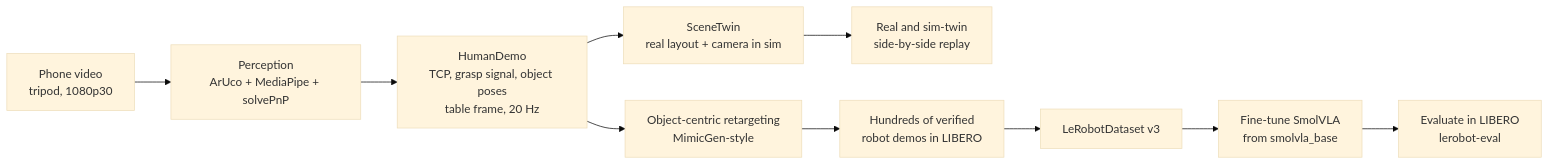
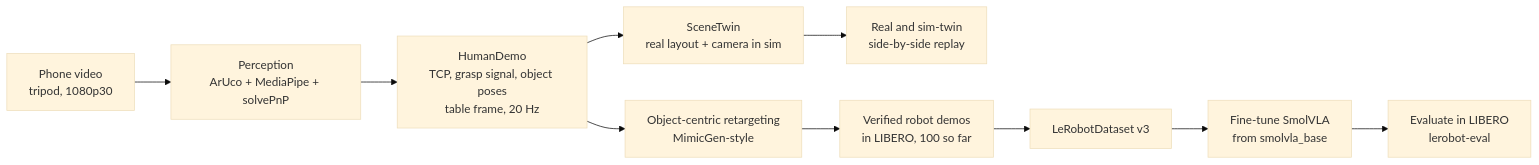
Before and after one commit to alfredowh/hurobo: the diagram in README.md, drawn with Mermaid (base theme). The commit also changed other lines of this file and 5 other files, not shown here.

````diff
--- a/README.md
+++ b/README.md
@@ -51,12 +51,12 @@
 ```mermaid
 flowchart LR
     A[Phone video<br/>tripod, 1080p30] --> B[Perception<br/>ArUco + MediaPipe + solvePnP]
     B --> C[HumanDemo<br/>TCP, grasp signal, object poses<br/>table frame, 20 Hz]
     C --> D[SceneTwin<br/>real layout + camera in sim]
     C --> E[Object-centric retargeting<br/>MimicGen-style]
     D --> F[Real and sim-twin<br/>side-by-side replay]
-    E --> G[Hundreds of verified<br/>robot demos in LIBERO]
+    E --> G[Verified robot demos<br/>in LIBERO, 100 so far]
     G --> H[LeRobotDataset v3]
     H --> I[Fine-tune SmolVLA<br/>from smolvla_base]
     I --> J[Evaluate in LIBERO<br/>lerobot-eval]
 ```
````
